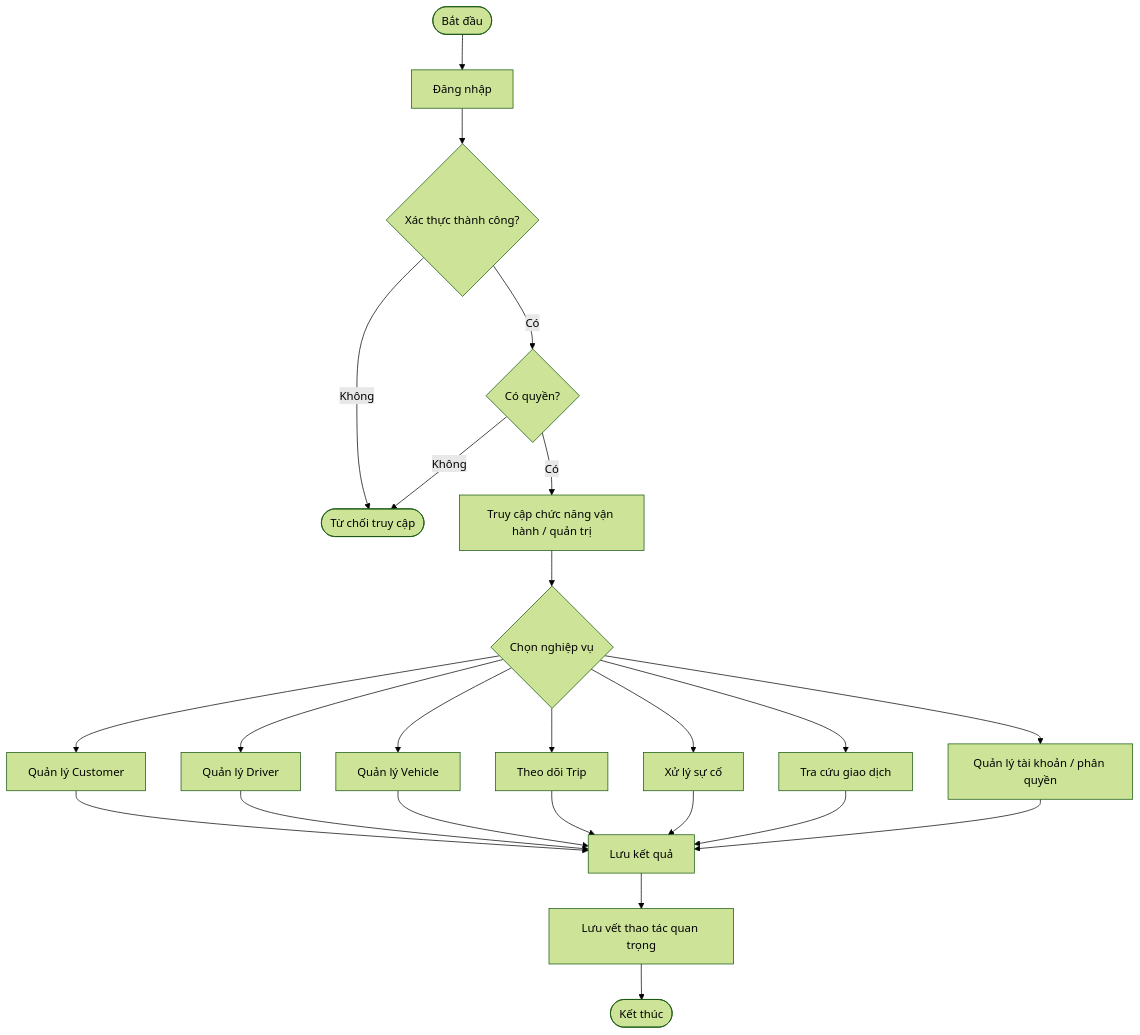
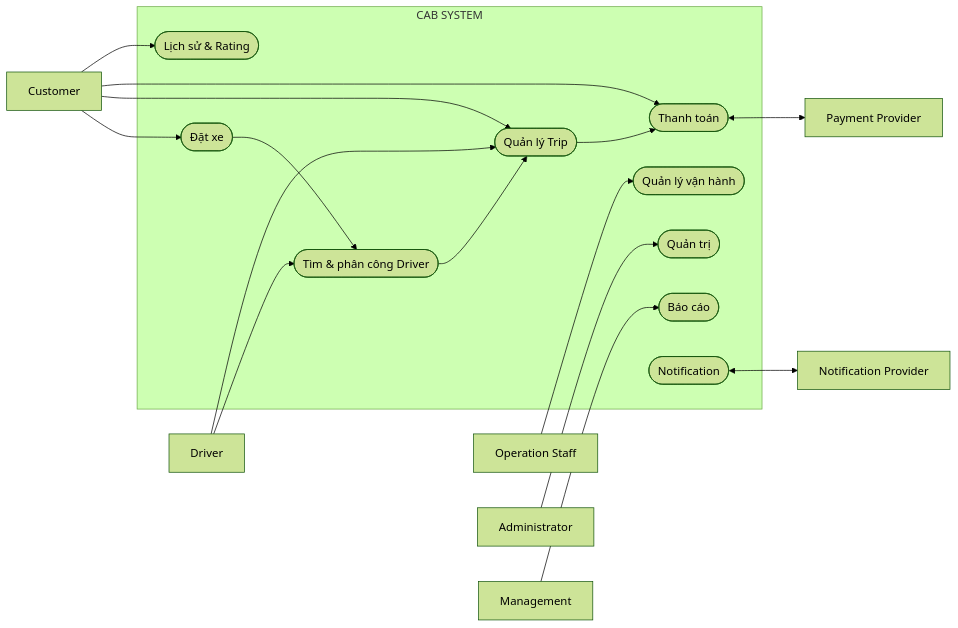
The third of 3 diagrams in SRS.md (ntthuyvy0205-source/23662281_NguyenThiThuyVy_CABSYSTEM), drawn with Mermaid (forest theme) before and after one commit. The commit also changed other lines of this file, not shown here.

````diff
--- a/SRS.md
+++ b/SRS.md
@@ -2185,31 +383,41 @@
 ```mermaid
-flowchart TD
-    A([Bắt đầu]) --> B[Đăng nhập]
-    B --> C{Xác thực thành công?}
-    C -- Không --> Z([Từ chối truy cập])
+flowchart LR
+    C[Customer]
+    D[Driver]
+    OPS[Operation Staff]
+    ADMIN[Administrator]
+    MGT[Management]
+    PAY[Payment Provider]
+    NOTI[Notification Provider]
 
-    C -- Có --> D{Có quyền?}
-    D -- Không --> Z
+    subgraph CAB[CAB SYSTEM]
+        BOOK([Đặt xe])
+        MATCH([Tìm & phân công Driver])
+        TRIP([Quản lý Trip])
+        PAYMENT([Thanh toán])
+        HISTORY([Lịch sử & Rating])
+        OPERATION([Quản lý vận hành])
+        MANAGEMENT([Quản trị])
+        REPORT([Báo cáo])
+        NOTICE([Notification])
+    end
 
-    D -- Có --> E[Truy cập chức năng vận hành / quản trị]
-    E --> F{Chọn nghiệp vụ}
+    C --> BOOK
+    C --> TRIP
+    C --> PAYMENT
+    C --> HISTORY
 
-    F --> G[Quản lý Customer]
-    F --> H[Quản lý Driver]
-    F --> I[Quản lý Vehicle]
-    F --> J[Theo dõi Trip]
-    F --> K[Xử lý sự cố]
-    F --> L[Tra cứu giao dịch]
-    F --> M[Quản lý tài khoản / phân quyền]
+    D --> MATCH
+    D --> TRIP
 
-    G --> N[Lưu kết quả]
-    H --> N
-    I --> N
-    J --> N
-    K --> N
-    L --> N
-    M --> N
+    OPS --> OPERATION
+    ADMIN --> MANAGEMENT
+    MGT --> REPORT
 
-    N --> O[Lưu vết thao tác quan trọng]
-    O --> P([Kết thúc])
+    BOOK --> MATCH
+    MATCH --> TRIP
+    TRIP --> PAYMENT
+
+    PAYMENT <--> PAY
+    NOTICE <--> NOTI
 ```
````
